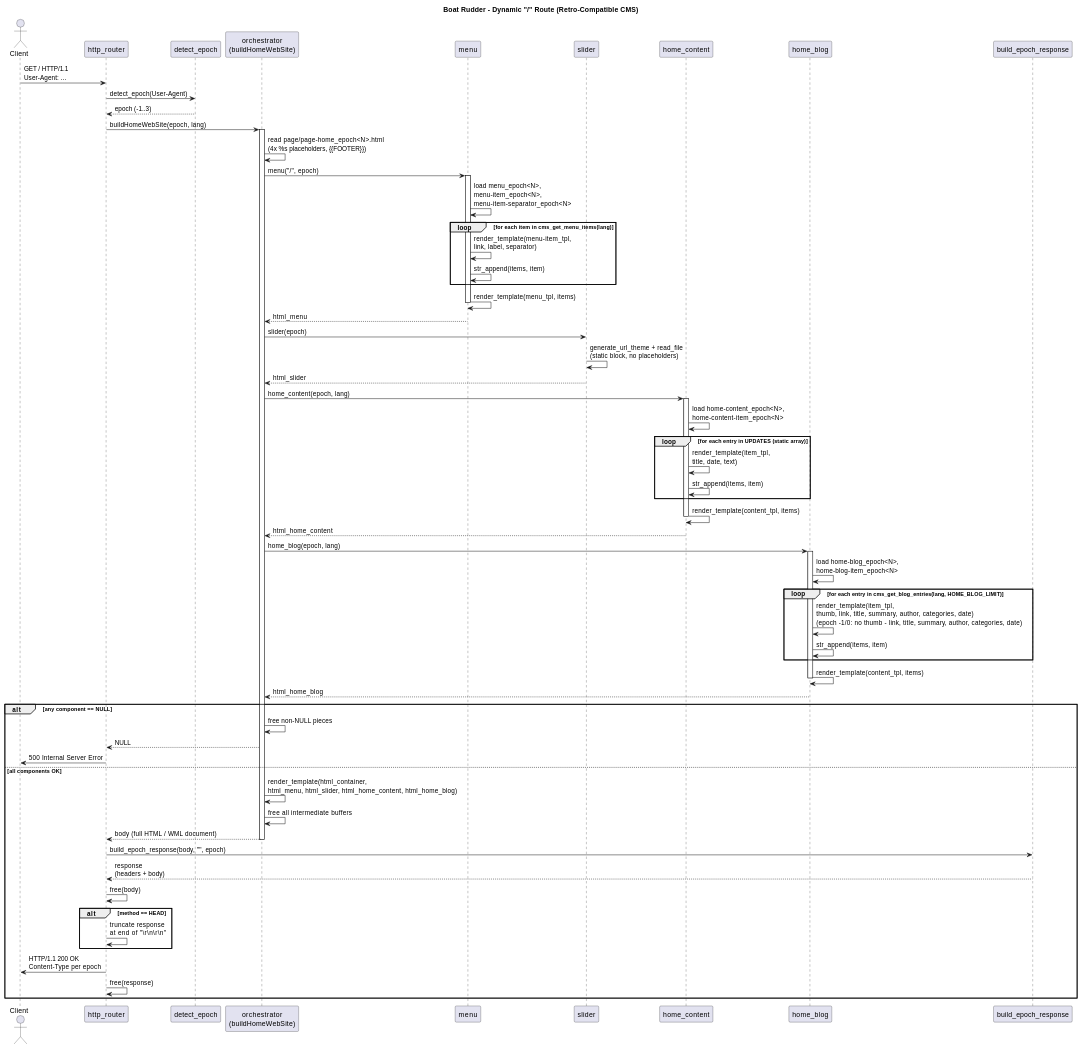
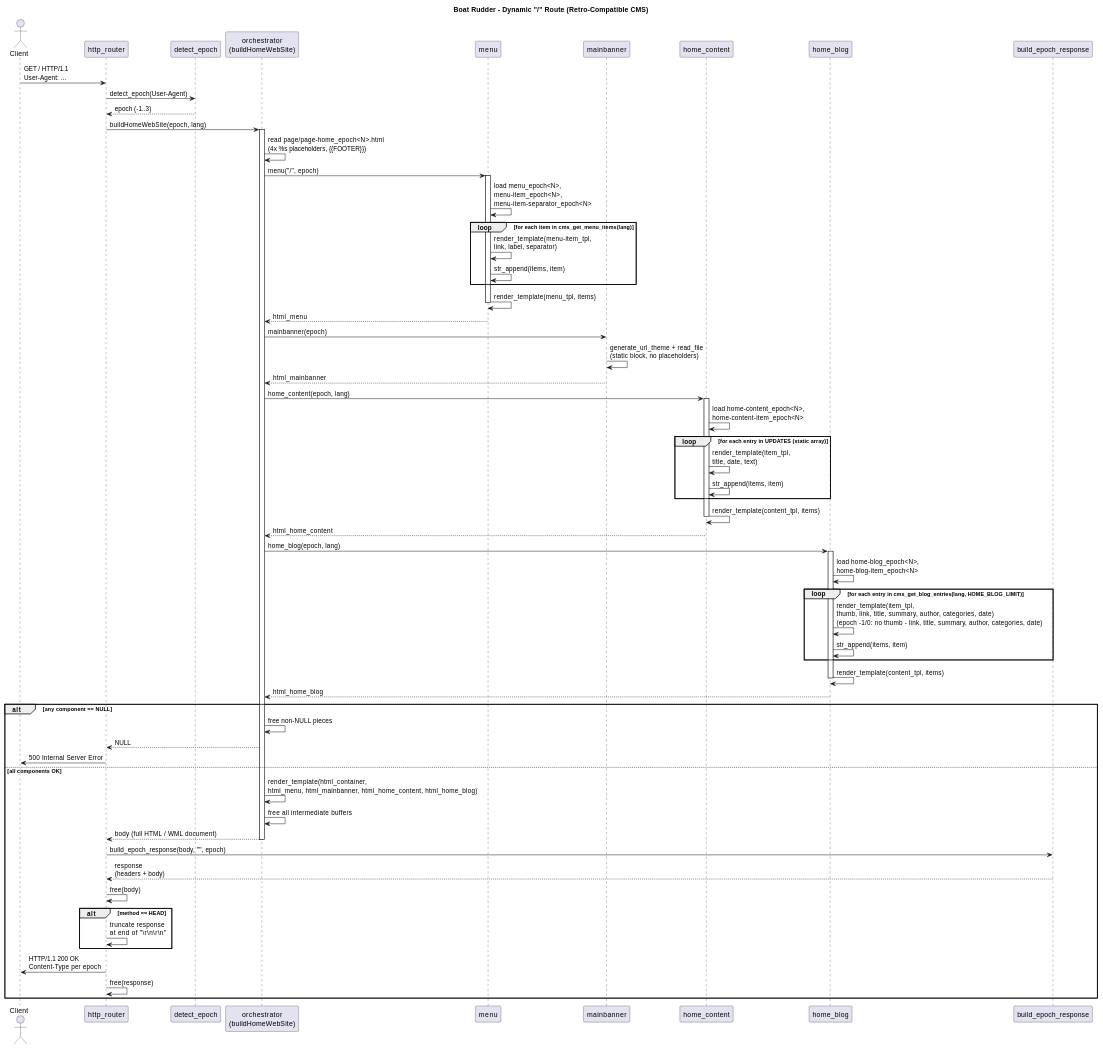
One commit to jpablotoledom/boat-rudder changed the fourth of 5 diagrams in develop_docs/boat-rudder.md. Above: the diagram before and after it, drawn with PlantUML. The commit also changed other lines of this file and 274 other files, not shown here.

```diff
--- a/develop_docs/boat-rudder.md
+++ b/develop_docs/boat-rudder.md
@@ -478,7 +497,7 @@
 participant "detect_epoch" as EPOCH
 participant "orchestrator\n(buildHomeWebSite)" as ORCH
 participant "menu" as MENU
-participant "slider" as SLIDER
+participant "mainbanner" as MAINBANNER
 participant "home_content" as HOME
 participant "home_blog" as BLOG
 participant "build_epoch_response" as RESP
@@ -503,9 +522,9 @@
 deactivate MENU
 MENU --> ORCH : html_menu
 
-ORCH -> SLIDER : slider(epoch)
-SLIDER -> SLIDER : generate_url_theme + read_file\n(static block, no placeholders)
-SLIDER --> ORCH : html_slider
+ORCH -> MAINBANNER : mainbanner(epoch)
+MAINBANNER -> MAINBANNER : generate_url_theme + read_file\n(static block, no placeholders)
+MAINBANNER --> ORCH : html_mainbanner
 
 ORCH -> HOME : home_content(epoch, lang)
 activate HOME
@@ -534,7 +553,7 @@
   ORCH --> ROUTER : NULL
   ROUTER -> Client : 500 Internal Server Error
 else all components OK
-  ORCH -> ORCH : render_template(html_container,\nhtml_menu, html_slider, html_home_content, html_home_blog)
+  ORCH -> ORCH : render_template(html_container,\nhtml_menu, html_mainbanner, html_home_content, html_home_blog)
   ORCH -> ORCH : free all intermediate buffers
   ORCH --> ROUTER : body (full HTML / WML document)
   deactivate ORCH
```
